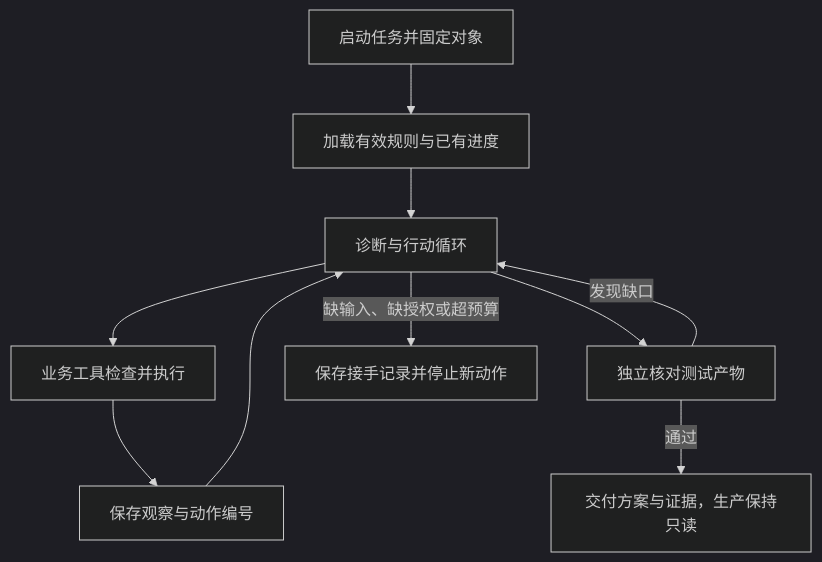
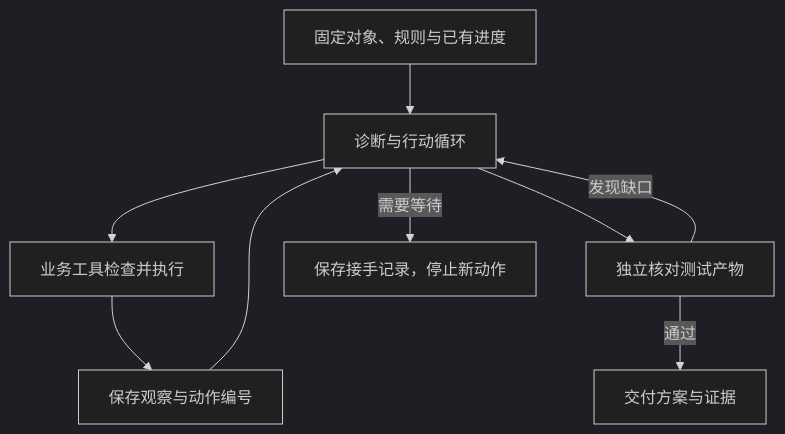
Before and after one commit to Mar-garet/agent-book: the diagram in book/11-design-and-experiments.md, drawn with Mermaid (dark theme). The commit also changed other lines of this file and 47 other files, not shown here.

````diff
--- a/book/11-design-and-experiments.md
+++ b/book/11-design-and-experiments.md
@@ -28,13 +28,12 @@
 ```mermaid
 %% R42 从继续调查到交付，需要保住哪些边界
 flowchart TD
-    T[启动任务并固定对象] --> R[加载有效规则与已有进度]
-    R --> D[诊断与行动循环]
+    T[固定对象、规则与已有进度] --> D[诊断与行动循环]
     D --> P[业务工具检查并执行]
     P --> O[保存观察与动作编号]
     O --> D
     D --> V[独立核对测试产物]
-    V -->|通过| F[交付方案与证据，生产保持只读]
+    V -->|通过| F[交付方案与证据]
     V -->|发现缺口| D
-    D -->|缺输入、缺授权或超预算| W[保存接手记录并停止新动作]
+    D -->|需要等待| W[保存接手记录，停止新动作]
 ```
````
